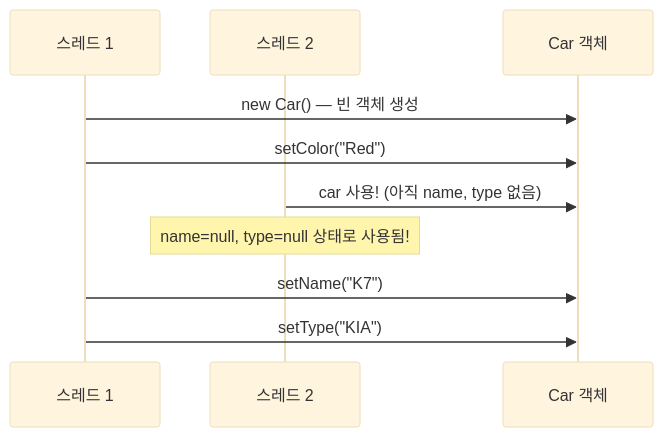
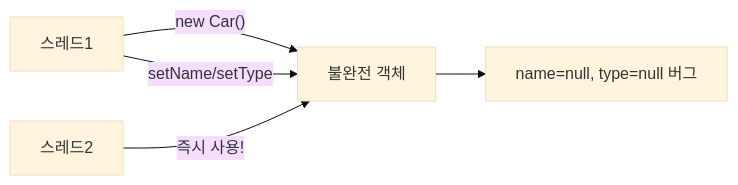
Before and after one commit to yjkim2015/yjkim2015.github.io: the first of 3 diagrams in _posts/java/2021-12-18-effective-java2.md, drawn with Mermaid (base theme). The commit also changed 163 other files, not shown here.

First line of the commit message:
Mermaid 300개 블록 내용 축소: 5노드 5엣지 이하, 의미 있는 약어

````diff
--- a/_posts/java/2021-12-18-effective-java2.md
+++ b/_posts/java/2021-12-18-effective-java2.md
@@ -95,12 +95,7 @@
 ```mermaid
-sequenceDiagram
-    participant T1 as 스레드 1
-    participant T2 as 스레드 2
-    participant C as Car 객체
-    T1->>C: new Car() — 빈 객체 생성
-    T1->>C: setColor("Red")
-    T2->>C: car 사용! (아직 name, type 없음)
-    Note over T2: name=null, type=null 상태로 사용됨!
-    T1->>C: setName("K7")
-    T1->>C: setType("KIA")
+graph LR
+    T1["스레드1"] -->|"new Car()"| C["불완전 객체"]
+    T2["스레드2"] -->|"즉시 사용!"| C
+    C --> BUG["name=null, type=null 버그"]
+    T1 -->|"setName/setType"| C
 ```
````
